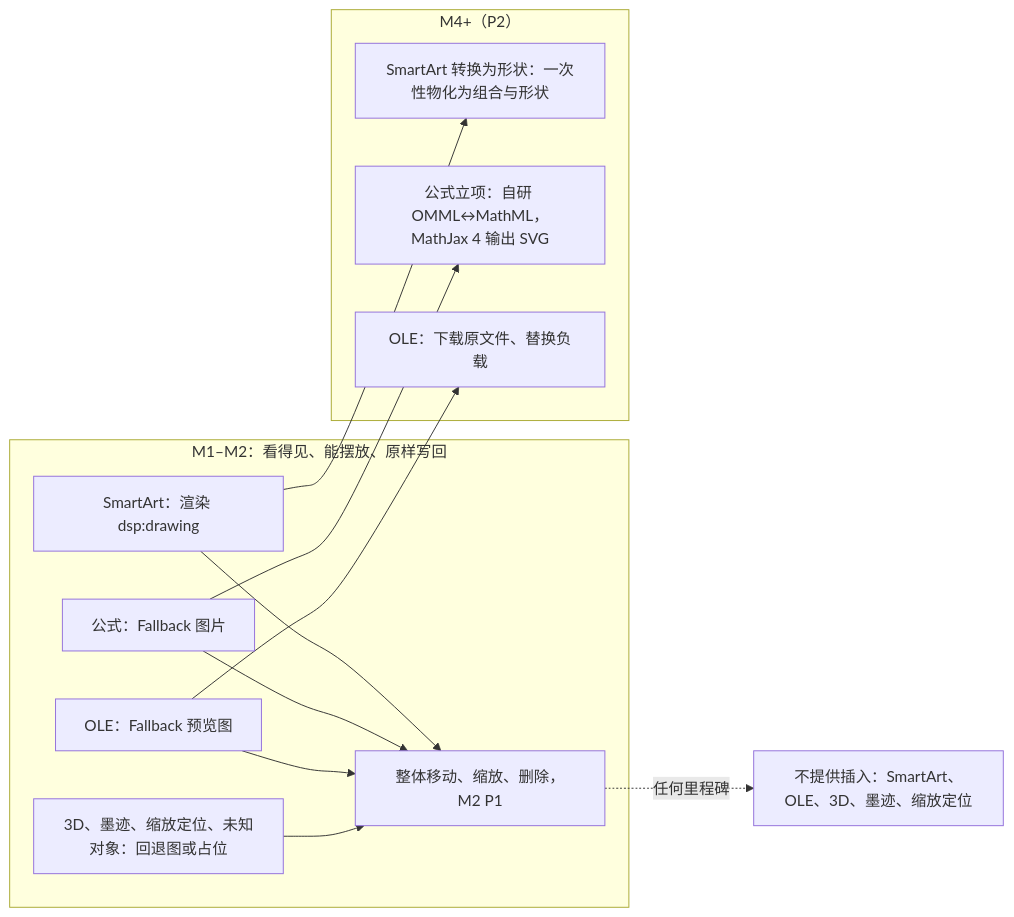
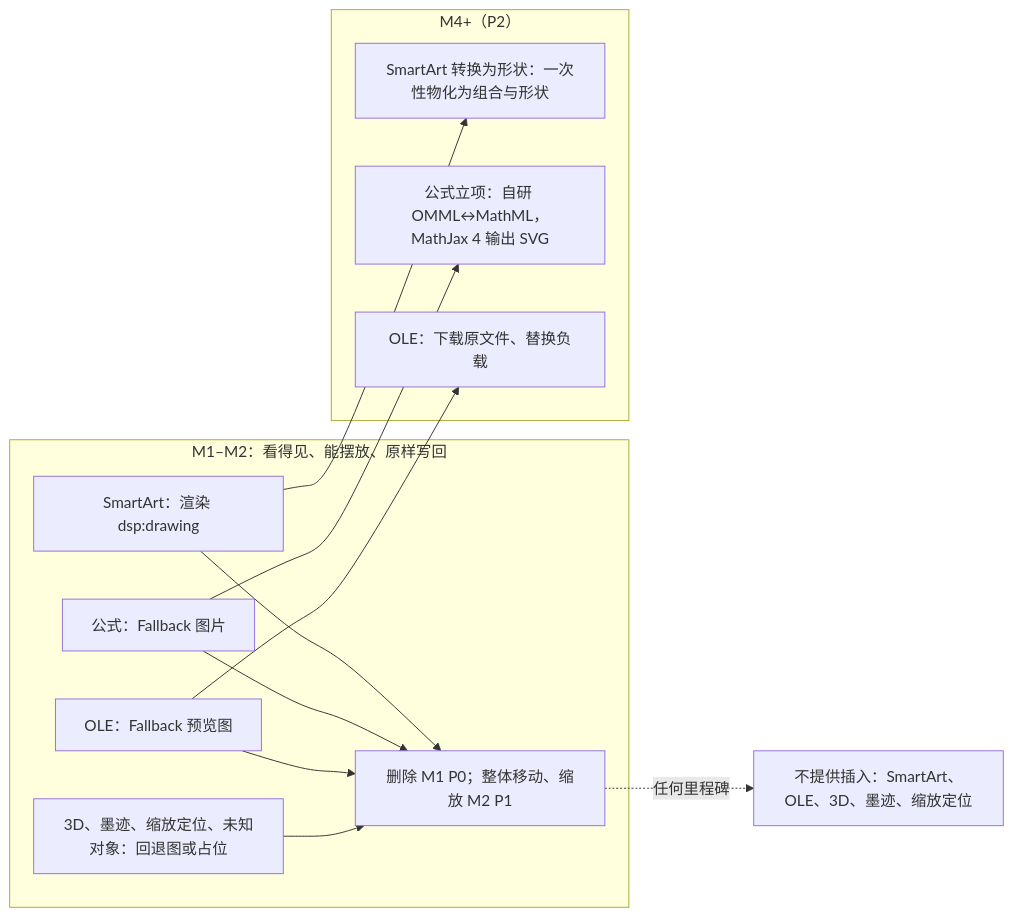
The second of 11 diagrams in docs/10-prd/03-features/01-open-and-fidelity.md (Xeonice/cordis-ppt-editor), drawn with Mermaid before and after one commit. The commit also changed other lines of this file and 19 other files, not shown here.

````diff
--- a/docs/10-prd/03-features/01-open-and-fidelity.md
+++ b/docs/10-prd/03-features/01-open-and-fidelity.md
@@ -187,24 +189,24 @@
 ```mermaid
 flowchart LR
   subgraph now["M1–M2：看得见、能摆放、原样写回"]
     sa["SmartArt：渲染 dsp:drawing"]
     eq["公式：Fallback 图片"]
     ole["OLE：Fallback 预览图"]
     rest["3D、墨迹、缩放定位、未知对象：回退图或占位"]
-    mv["整体移动、缩放、删除，M2 P1"]
+    mv["删除 M1 P0；整体移动、缩放 M2 P1"]
   end
   subgraph later["M4+（P2）"]
     conv["SmartArt 转换为形状：一次性物化为组合与形状"]
     omml["公式立项：自研 OMML↔MathML，MathJax 4 输出 SVG"]
     olex["OLE：下载原文件、替换负载"]
   end
   never["不提供插入：SmartArt、OLE、3D、墨迹、缩放定位"]
   sa --> mv
   eq --> mv
   ole --> mv
   rest --> mv
   sa --> conv
   eq --> omml
   ole --> olex
   mv -.->|"任何里程碑"| never
 ```
````
